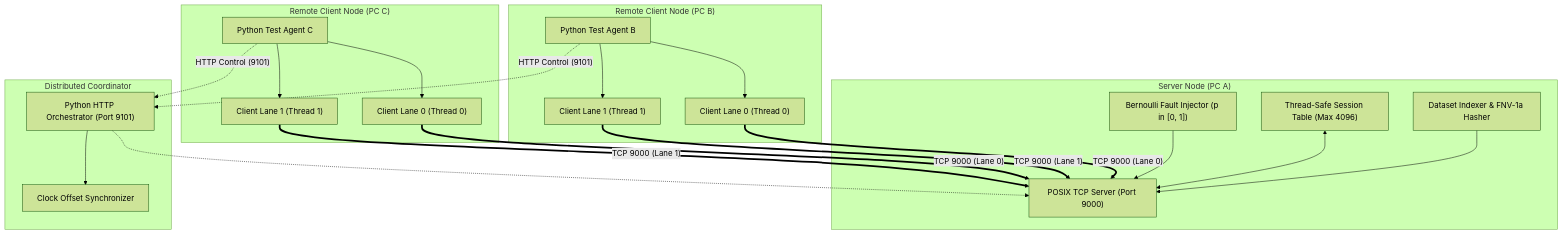
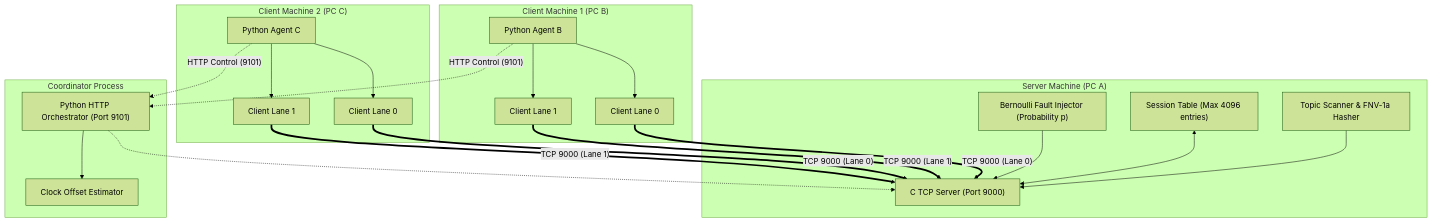
One commit to B-202401431/Distributed-Socket-Programming changed the first of 2 diagrams in README.md. Above: the diagram before and after it, drawn with Mermaid (forest theme). The commit also changed other lines of this file and 1 other file, not shown here.

````diff
--- a/README.md
+++ b/README.md
@@ -79,44 +75,44 @@
 ```mermaid
 flowchart TD
-    subgraph "Server Node (PC A)"
-        S_SOCK["POSIX TCP Server (Port 9000)"]
-        S_INDEX["Dataset Indexer & FNV-1a Hasher"]
-        S_SESS["Thread-Safe Session Table (Max 4096)"]
-        S_FAULT["Bernoulli Fault Injector (p in [0, 1])"]
+    subgraph "Server Machine (PC A)"
+        S_SOCK["C TCP Server (Port 9000)"]
+        S_TOPIC["Topic Scanner & FNV-1a Hasher"]
+        S_STATE["Session Table (Max 4096 entries)"]
+        S_FAULT["Bernoulli Fault Injector (Probability p)"]
         
-        S_INDEX --> S_SOCK
-        S_SESS <--> S_SOCK
+        S_TOPIC --> S_SOCK
+        S_STATE <--> S_SOCK
         S_FAULT --> S_SOCK
     end
 
-    subgraph "Distributed Coordinator"
+    subgraph "Coordinator Process"
         COORD["Python HTTP Orchestrator (Port 9101)"]
-        CLOCK["Clock Offset Synchronizer"]
+        CLOCK["Clock Offset Estimator"]
         COORD --> CLOCK
         COORD -.-> S_SOCK
     end
 
-    subgraph "Remote Client Node (PC B)"
-        C_AGENT_B["Python Test Agent B"]
-        C_CLI_B1["Client Lane 0 (Thread 0)"]
-        C_CLI_B2["Client Lane 1 (Thread 1)"]
-        C_AGENT_B --> C_CLI_B1
-        C_AGENT_B --> C_CLI_B2
+    subgraph "Client Machine 1 (PC B)"
+        AGENT_B["Python Agent B"]
+        CLI_B1["Client Lane 0"]
+        CLI_B2["Client Lane 1"]
+        AGENT_B --> CLI_B1
+        AGENT_B --> CLI_B2
     end
 
-    subgraph "Remote Client Node (PC C)"
-        C_AGENT_C["Python Test Agent C"]
-        C_CLI_C1["Client Lane 0 (Thread 0)"]
-        C_CLI_C2["Client Lane 1 (Thread 1)"]
-        C_AGENT_C --> C_CLI_C1
-        C_AGENT_C --> C_CLI_C2
+    subgraph "Client Machine 2 (PC C)"
+        AGENT_C["Python Agent C"]
+        CLI_C1["Client Lane 0"]
+        CLI_C2["Client Lane 1"]
+        AGENT_C --> CLI_C1
+        AGENT_C --> CLI_C2
     end
 
-    C_CLI_B1 == "TCP 9000 (Lane 0)" ==> S_SOCK
-    C_CLI_B2 == "TCP 9000 (Lane 1)" ==> S_SOCK
-    C_CLI_C1 == "TCP 9000 (Lane 0)" ==> S_SOCK
-    C_CLI_C2 == "TCP 9000 (Lane 1)" ==> S_SOCK
+    CLI_B1 == "TCP 9000 (Lane 0)" ==> S_SOCK
+    CLI_B2 == "TCP 9000 (Lane 1)" ==> S_SOCK
+    CLI_C1 == "TCP 9000 (Lane 0)" ==> S_SOCK
+    CLI_C2 == "TCP 9000 (Lane 1)" ==> S_SOCK
 
-    C_AGENT_B -. "HTTP Control (9101)" .-> COORD
-    C_AGENT_C -. "HTTP Control (9101)" .-> COORD
+    AGENT_B -. "HTTP Control (9101)" .-> COORD
+    AGENT_C -. "HTTP Control (9101)" .-> COORD
 ```
````
